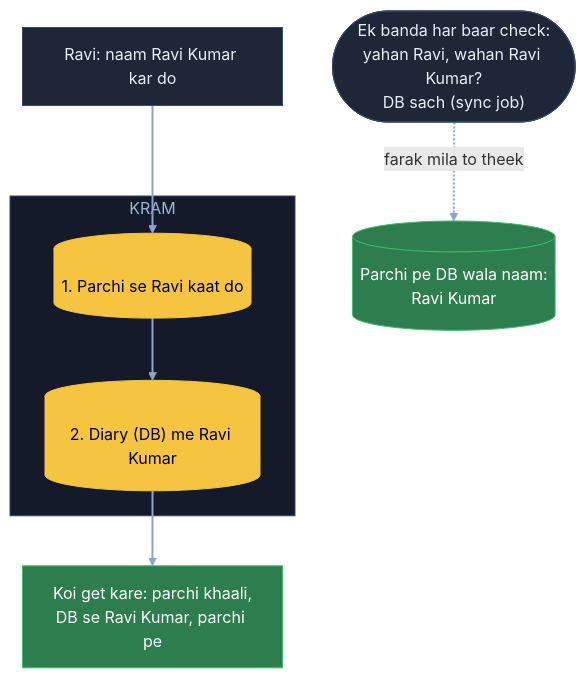
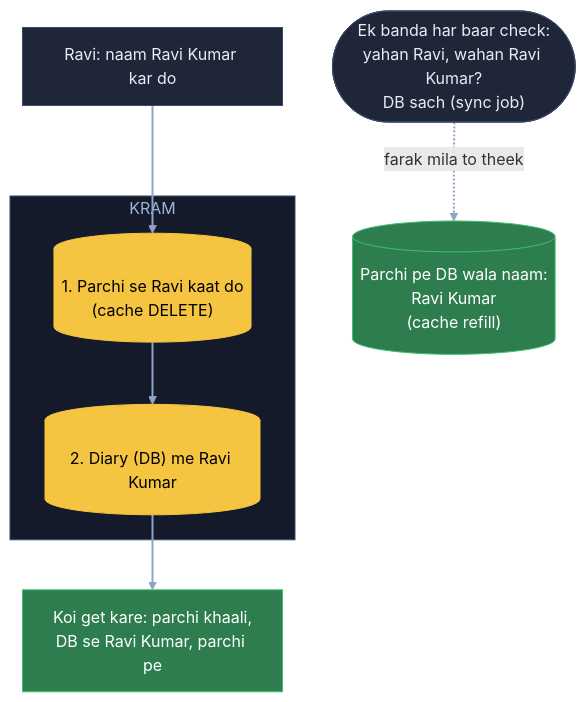
Before and after one commit to ArpanMaheshwari144/Prep: the fourth of 7 diagrams in 04_HLD/SYSTEM_DESIGNS/10_distributed_cache/10_distributed_cache.md, drawn with Mermaid. The commit also changed other lines of this file and 20 other files, not shown here.

Commit message:
HLD main files: diagram me kahani shabd + bracket me asli naam (21 design, 182 label)

````diff
--- a/04_HLD/SYSTEM_DESIGNS/10_distributed_cache/10_distributed_cache.md
+++ b/04_HLD/SYSTEM_DESIGNS/10_distributed_cache/10_distributed_cache.md
@@ -223,21 +223,21 @@
 ```mermaid
 flowchart TB
     R["Ravi: naam Ravi Kumar kar do"]:::card
     subgraph KR["KRAM"]
-        C[("1. Parchi se Ravi kaat do")]:::pill
+        C[("1. Parchi se Ravi kaat do<br/>(cache DELETE)")]:::pill
         D[("2. Diary (DB) me Ravi Kumar")]:::pill
     end
     G["Koi get kare: parchi khaali,<br/>DB se Ravi Kumar, parchi pe"]:::good
     J(["Ek banda har baar check:<br/>yahan Ravi, wahan Ravi Kumar?<br/>DB sach (sync job)"]):::card
-    F[("Parchi pe DB wala naam:<br/>Ravi Kumar")]:::good
+    F[("Parchi pe DB wala naam:<br/>Ravi Kumar<br/>(cache refill)")]:::good
     R --> C
     C --> D
     D --> G
     J -. "farak mila to theek" .-> F
     linkStyle default stroke:#8fa3c7,stroke-width:2px
     classDef card fill:#1e2638,stroke:#3a4a6b,color:#e8ecf5
     classDef pill fill:#f5c542,stroke:#f5c542,color:#000
     classDef good fill:#2e7d4f,stroke:#3fbf6f,color:#fff
     classDef bad fill:#5c1f24,stroke:#e05561,color:#fff
     style KR fill:#141a29,stroke:#3a4a6b,color:#9fb3d9
 ```
````
